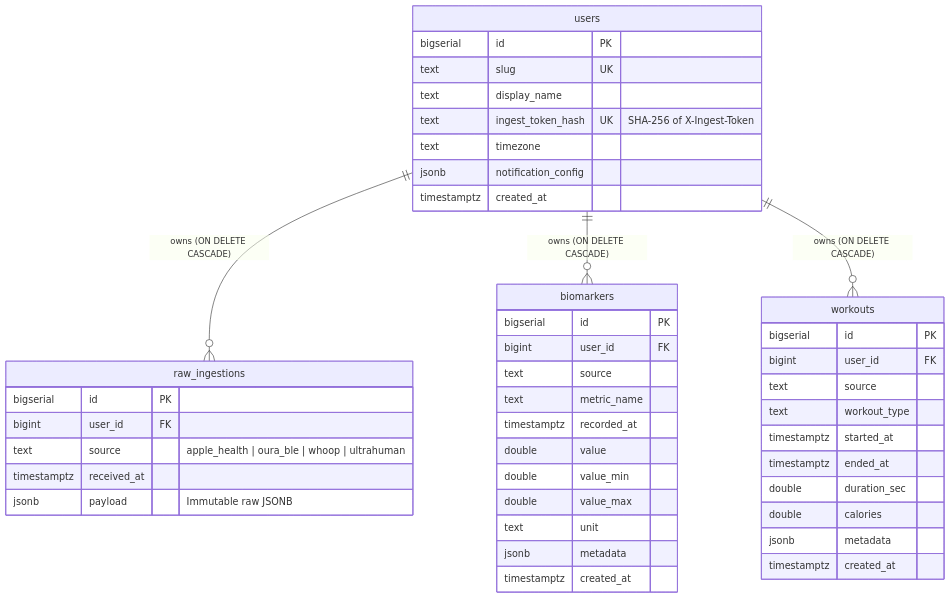
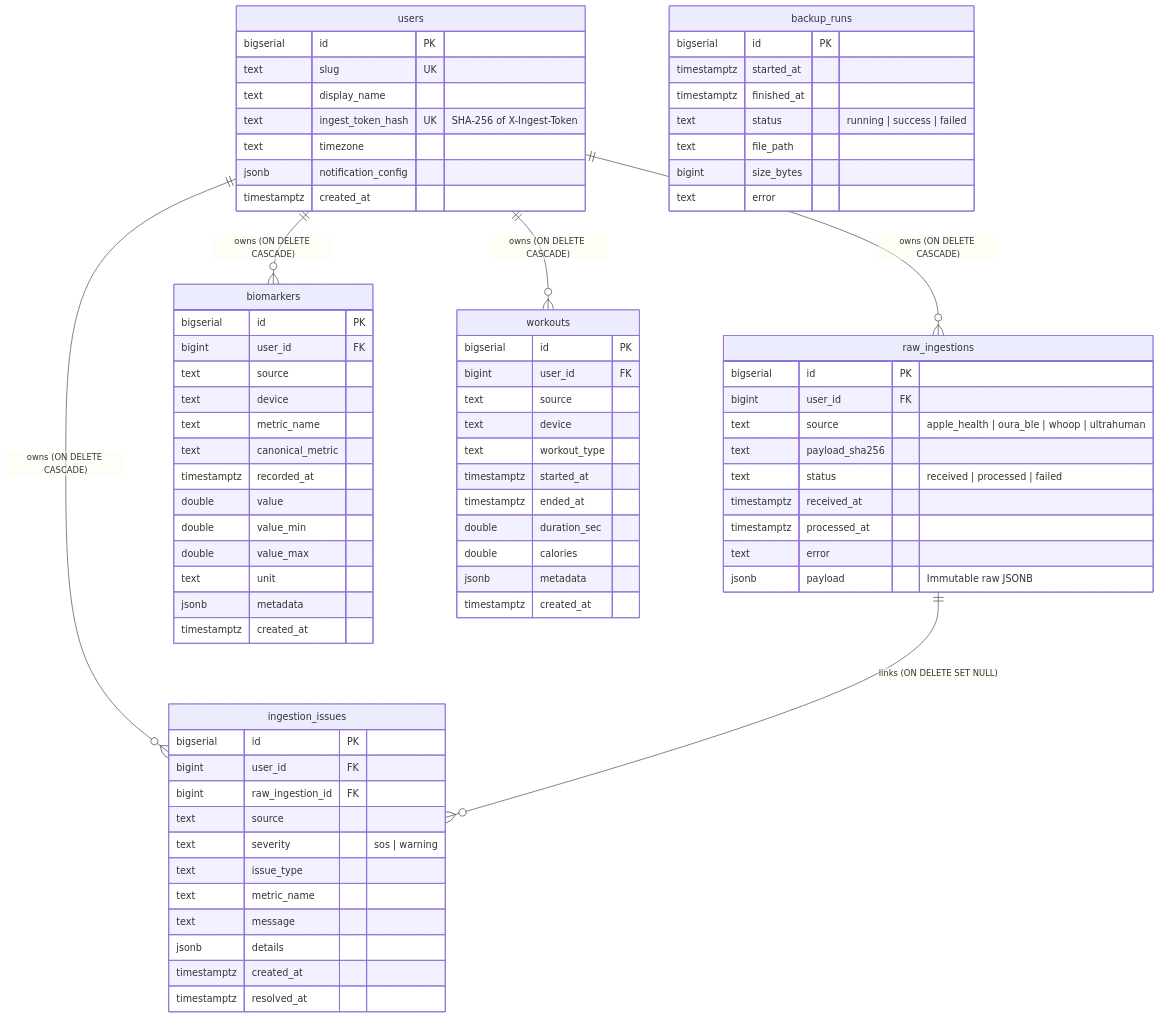
Before and after one commit to hemindesai04/prana: the diagram in ARCHITECTURE.md, drawn with Mermaid. The commit also changed other lines of this file and 13 other files, not shown here.

````diff
--- a/ARCHITECTURE.md
+++ b/ARCHITECTURE.md
@@ -50,6 +50,8 @@
     users ||--o{ raw_ingestions : "owns (ON DELETE CASCADE)"
     users ||--o{ biomarkers : "owns (ON DELETE CASCADE)"
     users ||--o{ workouts : "owns (ON DELETE CASCADE)"
+    users ||--o{ ingestion_issues : "owns (ON DELETE CASCADE)"
+    raw_ingestions ||--o{ ingestion_issues : "links (ON DELETE SET NULL)"
 
     users {
         bigserial id PK
@@ -65,7 +67,11 @@
         bigserial id PK
         bigint user_id FK
         text source "apple_health | oura_ble | whoop | ultrahuman"
+        text payload_sha256
+        text status "received | processed | failed"
         timestamptz received_at
+        timestamptz processed_at
+        text error
         jsonb payload "Immutable raw JSONB"
     }
 
@@ -73,7 +79,9 @@
         bigserial id PK
         bigint user_id FK
         text source
+        text device
         text metric_name
+        text canonical_metric
         timestamptz recorded_at
         double value
         double value_min
@@ -87,6 +95,7 @@
         bigserial id PK
         bigint user_id FK
         text source
+        text device
         text workout_type
         timestamptz started_at
         timestamptz ended_at
@@ -95,4 +104,28 @@
         jsonb metadata
         timestamptz created_at
     }
+
+    ingestion_issues {
+        bigserial id PK
+        bigint user_id FK
+        bigint raw_ingestion_id FK
+        text source
+        text severity "sos | warning"
+        text issue_type
+        text metric_name
+        text message
+        jsonb details
+        timestamptz created_at
+        timestamptz resolved_at
+    }
+
+    backup_runs {
+        bigserial id PK
+        timestamptz started_at
+        timestamptz finished_at
+        text status "running | success | failed"
+        text file_path
+        bigint size_bytes
+        text error
+    }
 ```
````
